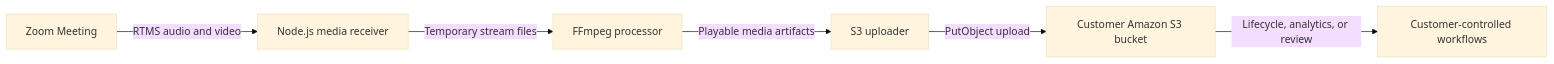
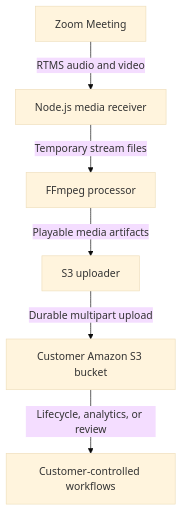
One commit to zoom/blueprints changed the diagram in blueprints/archive-meeting-media-to-s3/index.md. Above: the diagram before and after it, drawn with Mermaid (base theme). The commit also changed other lines of this file and 1 other file, not shown here.

Commit message:
Update S3 archive Blueprint for durable uploads

````diff
--- a/blueprints/archive-meeting-media-to-s3/index.md
+++ b/blueprints/archive-meeting-media-to-s3/index.md
@@ -66,8 +66,8 @@
 ```mermaid
-flowchart LR
+flowchart TB
     A[Zoom Meeting] -->|RTMS audio and video| B[Node.js media receiver]
     B -->|Temporary stream files| C[FFmpeg processor]
     C -->|Playable media artifacts| D[S3 uploader]
-    D -->|PutObject upload| E[Customer Amazon S3 bucket]
+    D -->|Durable multipart upload| E[Customer Amazon S3 bucket]
     E -->|Lifecycle, analytics, or review| F[Customer-controlled workflows]
 ```
````
